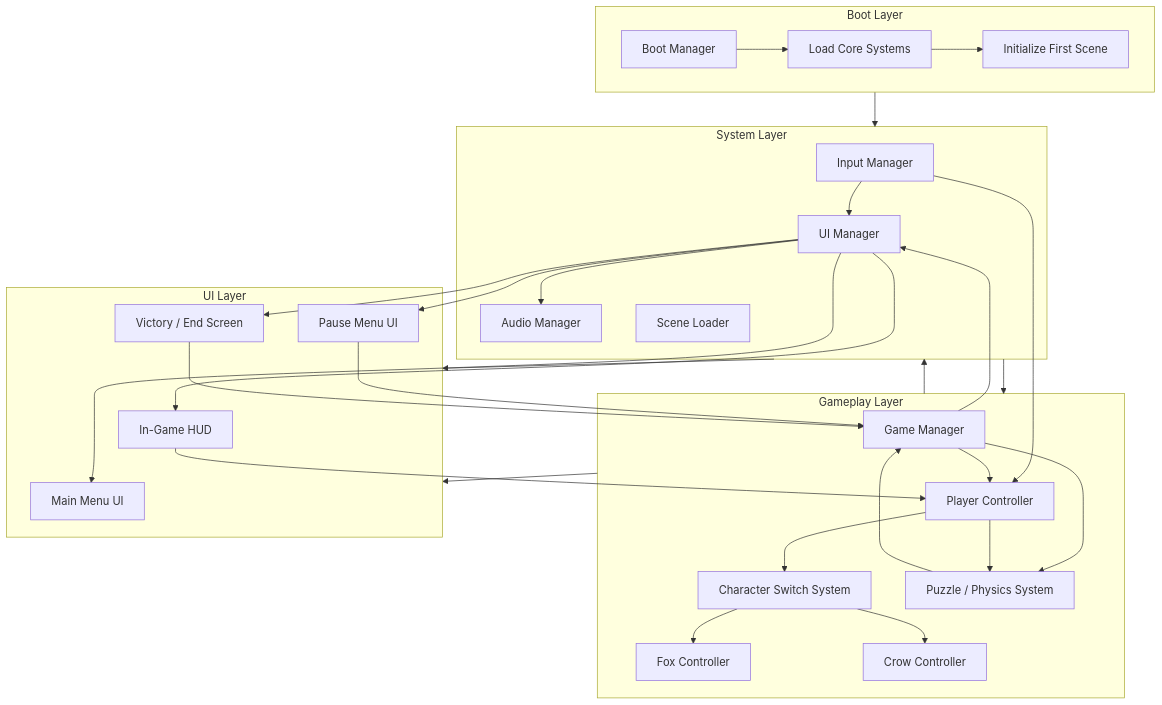
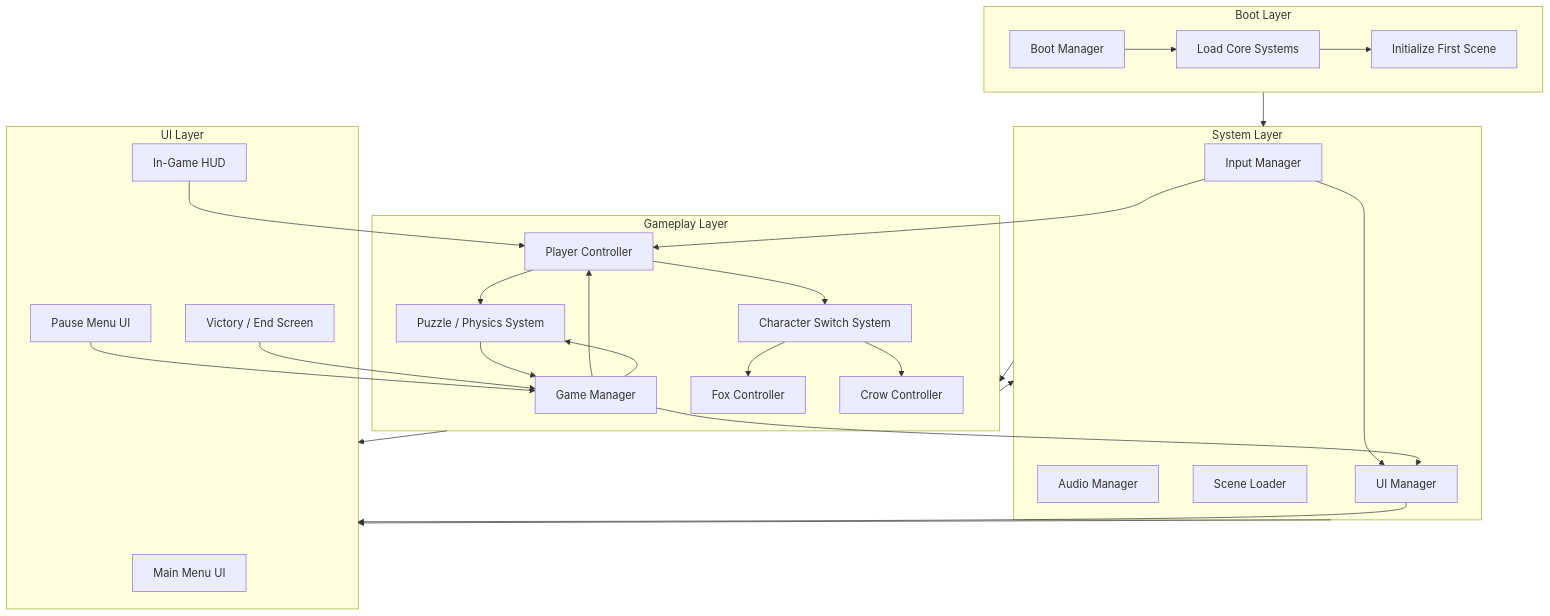
One commit to Justsomeguy241/Out-of-the-box changed the second of 4 diagrams in README.md. Above: the diagram before and after it, drawn with Mermaid.

````diff
--- a/README.md
+++ b/README.md
@@ -51,69 +51,67 @@
 ```mermaid
 graph TD
 
 %% ========== BOOT / INIT ==========
 subgraph Boot_Layer["Boot Layer"]
     Boot[Boot Manager]
     LoadSystems[Load Core Systems]
     InitScene[Initialize First Scene]
     Boot --> LoadSystems --> InitScene
 end
 
 %% ========== SYSTEM LAYER ==========
 subgraph System_Layer["System Layer"]
     InputManager[Input Manager]
     AudioManager[Audio Manager]
     SceneLoader[Scene Loader]
     UIManager[UI Manager]
 end
 
 %% ========== GAMEPLAY LAYER ==========
 subgraph Gameplay_Layer["Gameplay Layer"]
     GameManager[Game Manager]
     PlayerController[Player Controller]
     SwitchSystem[Character Switch System]
     Fox[Fox Controller]
     Crow[Crow Controller]
     PuzzleSystem[Puzzle / Physics System]
 end
 
 %% ========== UI LAYER ==========
 subgraph UI_Layer["UI Layer"]
     MainMenu[Main Menu UI]
     PauseUI[Pause Menu UI]
     HUD[In-Game HUD]
     VictoryUI[Victory / End Screen]
 end
 
 %% ========== INTER-LAYER CONNECTIONS ==========
 Boot_Layer --> System_Layer
 System_Layer --> Gameplay_Layer
 System_Layer --> UI_Layer
 Gameplay_Layer --> System_Layer
 Gameplay_Layer --> UI_Layer
 
 %% ==== SYSTEM CONNECTIONS ====
 InputManager --> UIManager
 InputManager --> PlayerController
-UIManager --> AudioManager
-UIManager --> MainMenu
-UIManager --> PauseUI
-UIManager --> HUD
-UIManager --> VictoryUI
+UIManager --> UI_Layer
+
+
 
 %% ==== GAMEPLAY CONNECTIONS ====
 GameManager --> PlayerController
 GameManager --> PuzzleSystem
 PlayerController --> SwitchSystem
 SwitchSystem --> Fox
 SwitchSystem --> Crow
 PlayerController --> PuzzleSystem
 GameManager --> UIManager
 PuzzleSystem --> GameManager
 
 %% ==== UI CONNECTIONS ====
 PauseUI --> GameManager
 HUD --> PlayerController
 VictoryUI --> GameManager
 
 ```
````
